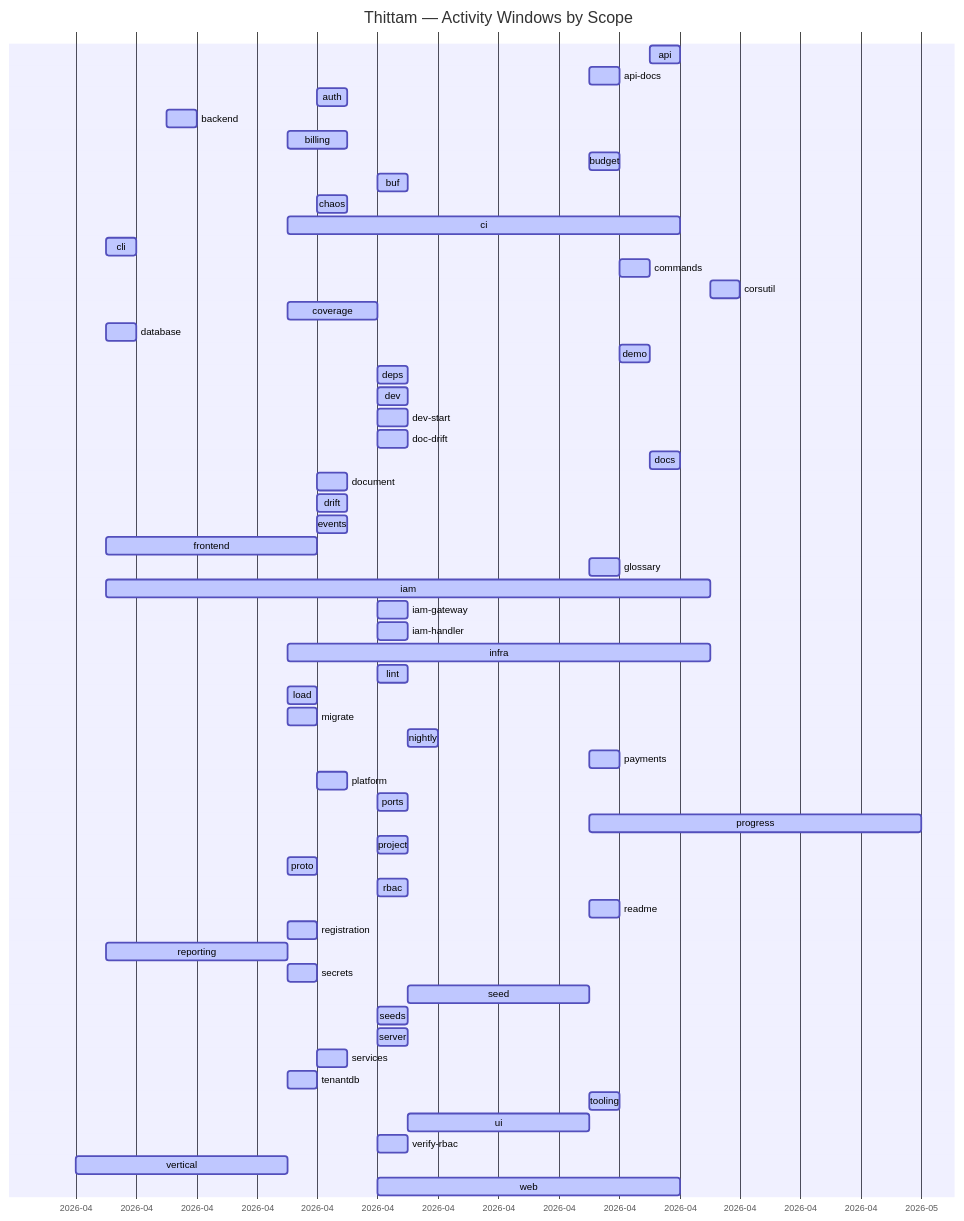
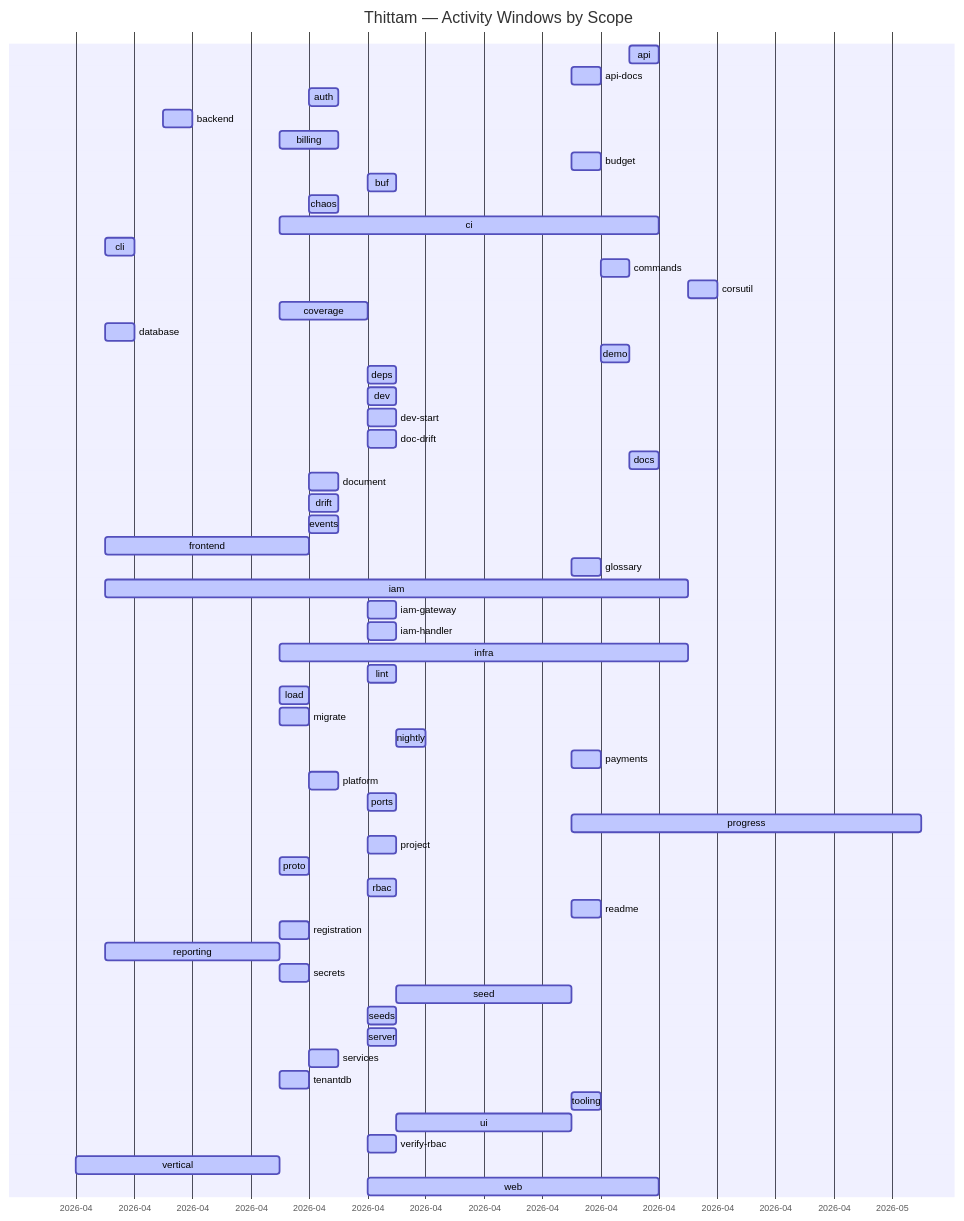
The diagram in docs/PROGRESS.md (wegofwd2020-hub/thittam), drawn with Mermaid before and after one commit. The commit also changed other lines of this file and 1 other file, not shown here.

Commit message:
chore(progress): nightly update of docs/PROGRESS.md + CSVs

````diff
--- a/docs/PROGRESS.md
+++ b/docs/PROGRESS.md
@@ -9,60 +9,60 @@
 ```mermaid
 gantt
     title Thittam — Activity Windows by Scope
     dateFormat YYYY-MM-DD
     axisFormat %Y-%m
     api                :active, s_api, 2026-04-22, 2026-04-23
     api-docs           :active, s_api_docs, 2026-04-20, 2026-04-21
     auth               :active, s_auth, 2026-04-11, 2026-04-12
     backend            :active, s_backend, 2026-04-06, 2026-04-07
     billing            :active, s_billing, 2026-04-10, 2026-04-12
     budget             :active, s_budget, 2026-04-20, 2026-04-21
     buf                :active, s_buf, 2026-04-13, 2026-04-14
     chaos              :active, s_chaos, 2026-04-11, 2026-04-12
     ci                 :active, s_ci, 2026-04-10, 2026-04-23
     cli                :active, s_cli, 2026-04-04, 2026-04-05
     commands           :active, s_commands, 2026-04-21, 2026-04-22
     corsutil           :active, s_corsutil, 2026-04-24, 2026-04-25
     coverage           :active, s_coverage, 2026-04-10, 2026-04-13
     database           :active, s_database, 2026-04-04, 2026-04-05
     demo               :active, s_demo, 2026-04-21, 2026-04-22
     deps               :active, s_deps, 2026-04-13, 2026-04-14
     dev                :active, s_dev, 2026-04-13, 2026-04-14
     dev-start          :active, s_dev_start, 2026-04-13, 2026-04-14
     doc-drift          :active, s_doc_drift, 2026-04-13, 2026-04-14
     docs               :active, s_docs, 2026-04-22, 2026-04-23
     document           :active, s_document, 2026-04-11, 2026-04-12
     drift              :active, s_drift, 2026-04-11, 2026-04-12
     events             :active, s_events, 2026-04-11, 2026-04-12
     frontend           :active, s_frontend, 2026-04-04, 2026-04-11
     glossary           :active, s_glossary, 2026-04-20, 2026-04-21
     iam                :active, s_iam, 2026-04-04, 2026-04-24
     iam-gateway        :active, s_iam_gateway, 2026-04-13, 2026-04-14
     iam-handler        :active, s_iam_handler, 2026-04-13, 2026-04-14
     infra              :active, s_infra, 2026-04-10, 2026-04-24
     lint               :active, s_lint, 2026-04-13, 2026-04-14
     load               :active, s_load, 2026-04-10, 2026-04-11
     migrate            :active, s_migrate, 2026-04-10, 2026-04-11
     nightly            :active, s_nightly, 2026-04-14, 2026-04-15
     payments           :active, s_payments, 2026-04-20, 2026-04-21
     platform           :active, s_platform, 2026-04-11, 2026-04-12
     ports              :active, s_ports, 2026-04-13, 2026-04-14
-    progress           :active, s_progress, 2026-04-20, 2026-05-01
+    progress           :active, s_progress, 2026-04-20, 2026-05-02
     project            :active, s_project, 2026-04-13, 2026-04-14
     proto              :active, s_proto, 2026-04-10, 2026-04-11
     rbac               :active, s_rbac, 2026-04-13, 2026-04-14
     readme             :active, s_readme, 2026-04-20, 2026-04-21
     registration       :active, s_registration, 2026-04-10, 2026-04-11
     reporting          :active, s_reporting, 2026-04-04, 2026-04-10
     secrets            :active, s_secrets, 2026-04-10, 2026-04-11
     seed               :active, s_seed, 2026-04-14, 2026-04-20
     seeds              :active, s_seeds, 2026-04-13, 2026-04-14
     server             :active, s_server, 2026-04-13, 2026-04-14
     services           :active, s_services, 2026-04-11, 2026-04-12
     tenantdb           :active, s_tenantdb, 2026-04-10, 2026-04-11
     tooling            :active, s_tooling, 2026-04-20, 2026-04-21
     ui                 :active, s_ui, 2026-04-14, 2026-04-20
     verify-rbac        :active, s_verify_rbac, 2026-04-13, 2026-04-14
     vertical           :active, s_vertical, 2026-04-03, 2026-04-10
     web                :active, s_web, 2026-04-13, 2026-04-23
 ```
````
